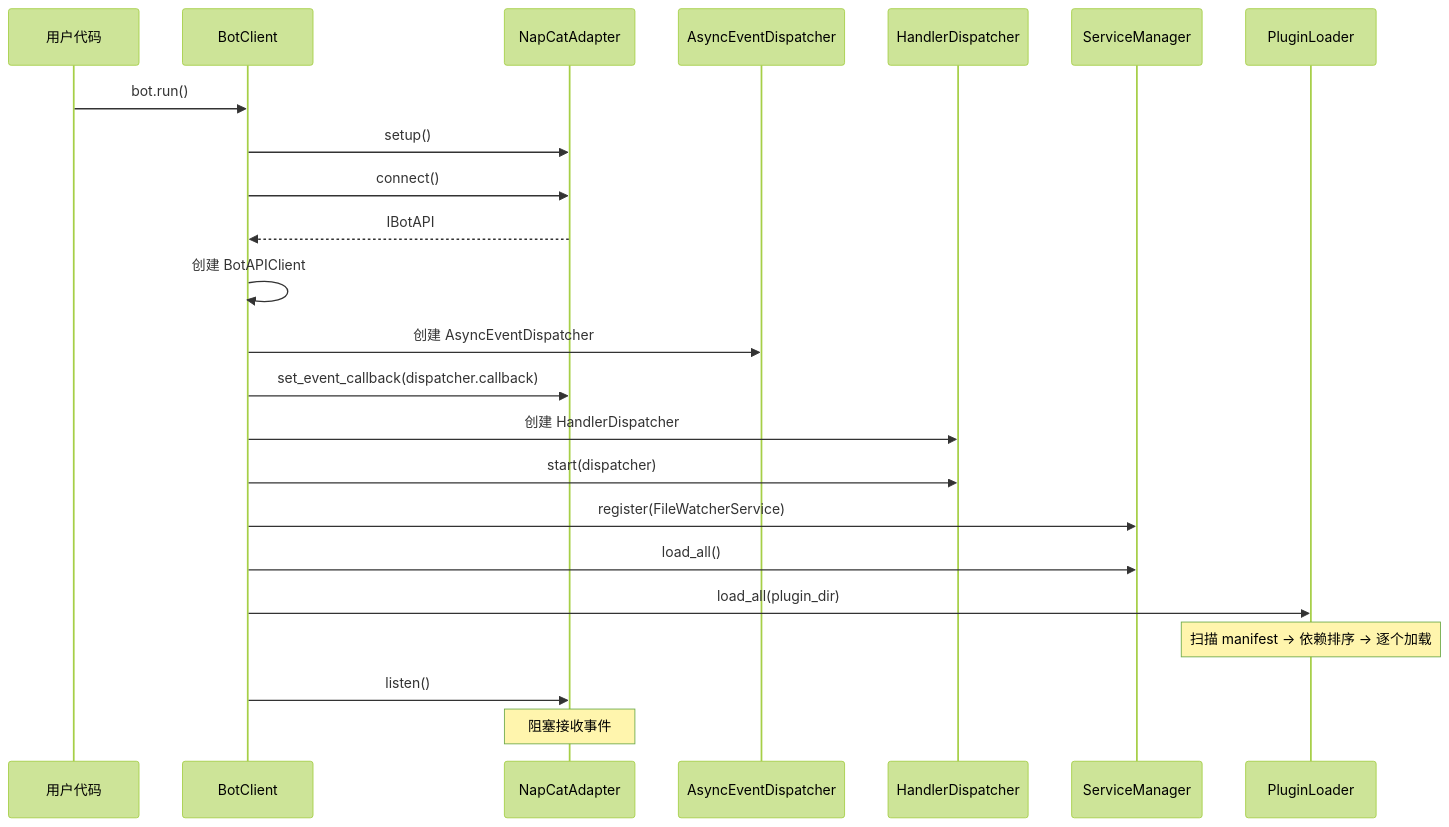
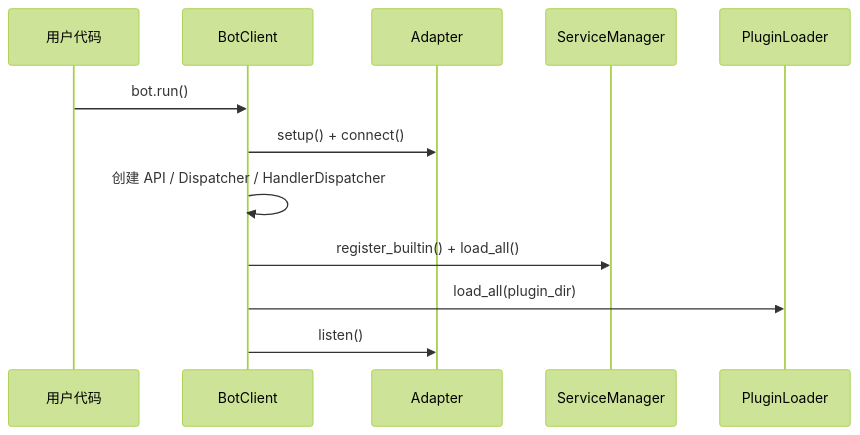
Before and after one commit to Sparrived/ncatbot: the ninth of 13 diagrams in docs/architecture.md, drawn with Mermaid (forest theme). The commit also changed other lines of this file, not shown here.

First line of the commit message:
docs: update architecture for app/ layer and split event flow diagrams

````diff
--- a/docs/architecture.md
+++ b/docs/architecture.md
@@ -423,31 +446,15 @@
 ```mermaid
 sequenceDiagram
     participant User as 用户代码
     participant Client as BotClient
-    participant Adapter as NapCatAdapter
-    participant Disp as AsyncEventDispatcher
-    participant HDis as HandlerDispatcher
+    participant Adapter as Adapter
     participant Svc as ServiceManager
     participant Plug as PluginLoader
 
     User->>Client: bot.run()
-    Client->>Adapter: setup()
-    Client->>Adapter: connect()
-    Adapter-->>Client: IBotAPI
-
-    Client->>Client: 创建 BotAPIClient
-    Client->>Disp: 创建 AsyncEventDispatcher
-    Client->>Adapter: set_event_callback(dispatcher.callback)
-
-    Client->>HDis: 创建 HandlerDispatcher
-    Client->>HDis: start(dispatcher)
-
-    Client->>Svc: register(FileWatcherService)
-    Client->>Svc: load_all()
-
+    Client->>Adapter: setup() + connect()
+    Client->>Client: 创建 API / Dispatcher / HandlerDispatcher
+    Client->>Svc: register_builtin() + load_all()
     Client->>Plug: load_all(plugin_dir)
-    Note over Plug: 扫描 manifest → 依赖排序 → 逐个加载
-
     Client->>Adapter: listen()
-    Note over Adapter: 阻塞接收事件
 ```
````
